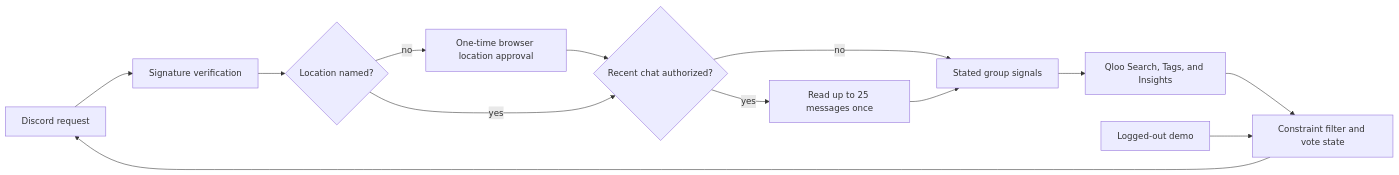
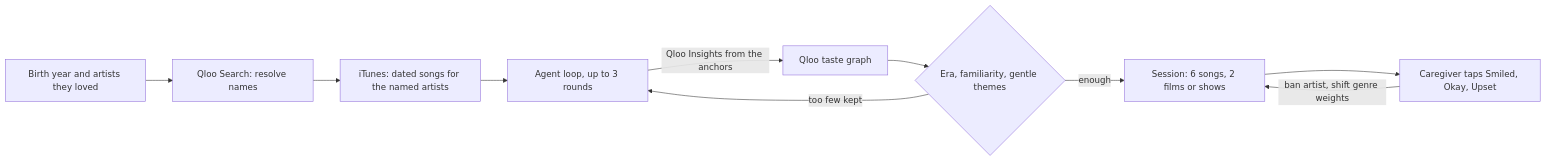
The diagram in README.md (tanishmisra9/encore), drawn with Mermaid before and after one commit. The commit also changed other lines of this file and 9 other files, not shown here.

````diff
--- a/README.md
+++ b/README.md
@@ -35,16 +27,12 @@
 ```mermaid
 flowchart LR
-  D[Discord request] --> V[Signature verification]
-  V --> L{Location named?}
-  L -->|no| G[One-time browser location approval]
-  G --> C
-  L -->|yes| C
-  C{Recent chat authorized?}
-  C -->|yes| H[Read up to 25 messages once]
-  C -->|no| S[Stated group signals]
-  H --> S
-  S --> Q[Qloo Search, Tags, and Insights]
-  Q --> R[Constraint filter and vote state]
-  R --> D
-  W[Logged-out demo] --> R
+  I[Birth year and artists they loved] --> R[Qloo Search: resolve names]
+  R --> D[iTunes: dated songs for the named artists]
+  D --> A[Agent loop, up to 3 rounds]
+  A -->|Qloo Insights from the anchors| Q[Qloo taste graph]
+  Q --> F{Era, familiarity, gentle themes}
+  F -->|too few kept| A
+  F -->|enough| P[Session: 6 songs, 2 films or shows]
+  P --> X[Caregiver taps Smiled, Okay, Upset]
+  X -->|ban artist, shift genre weights| P
 ```
````
